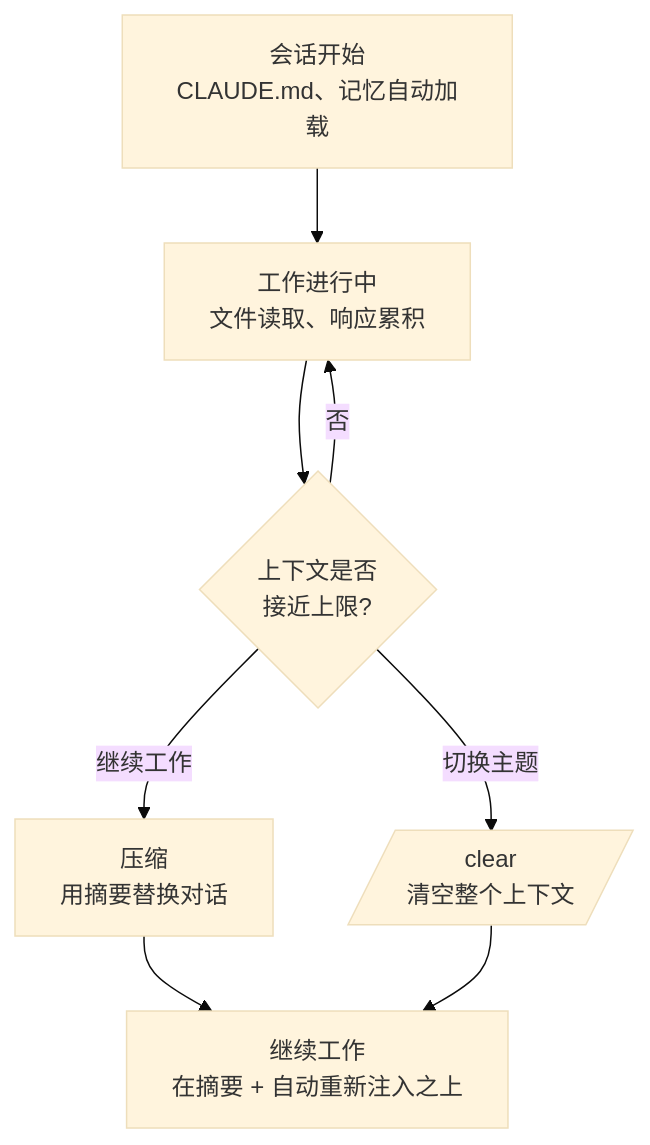
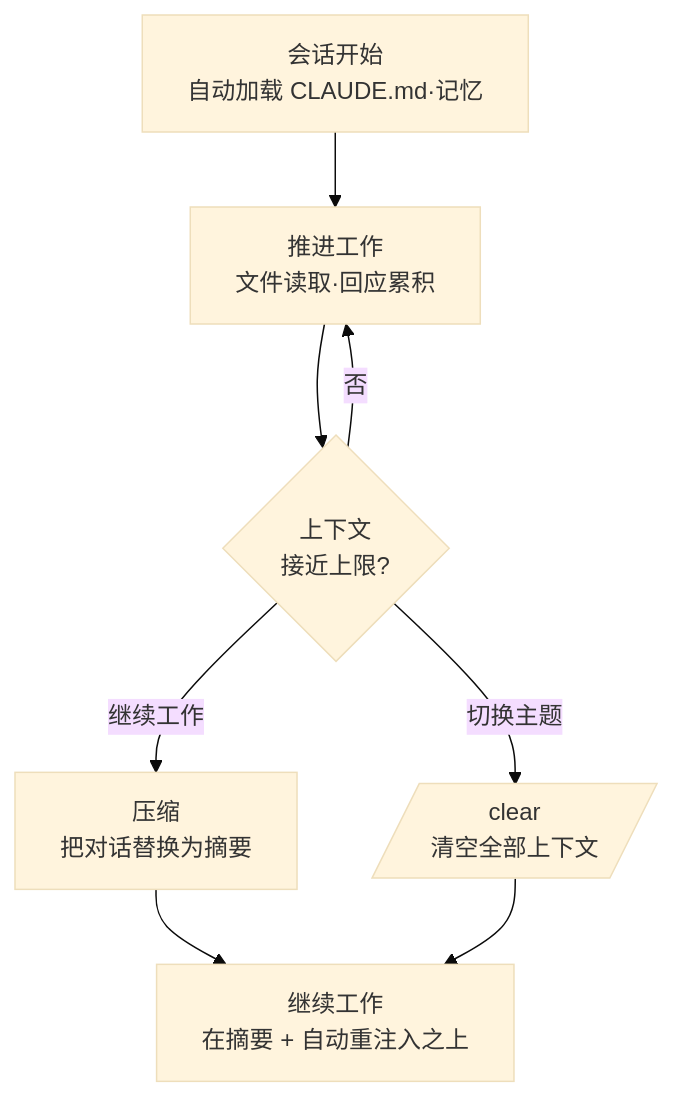
The diagram in docs-site/content/zh/claude-code/context-memory/context-window.md (modu-ai/moai-adk), drawn with Mermaid (base theme) before and after one commit. The commit also changed other lines of this file and 395 other files, not shown here.

````diff
--- a/docs-site/content/zh/claude-code/context-memory/context-window.md
+++ b/docs-site/content/zh/claude-code/context-memory/context-window.md
@@ -89,10 +91,10 @@
 ```mermaid
 flowchart TD
-    A[会话开始<br>CLAUDE.md、记忆自动加载] --> B[工作进行中<br>文件读取、响应累积]
-    B --> C{上下文是否<br>接近上限?}
+    A[会话开始<br>自动加载 CLAUDE.md·记忆] --> B[推进工作<br>文件读取·回应累积]
+    B --> C{上下文<br>接近上限?}
     C -->|否| B
-    C -->|继续工作| D[压缩<br>用摘要替换对话]
-    C -->|切换主题| E[/clear<br>清空整个上下文/]
-    D --> F[继续工作<br>在摘要 + 自动重新注入之上]
+    C -->|继续工作| D[压缩<br>把对话替换为摘要]
+    C -->|切换主题| E[/clear<br>清空全部上下文/]
+    D --> F[继续工作<br>在摘要 + 自动重注入之上]
     E --> F
 ```
````
